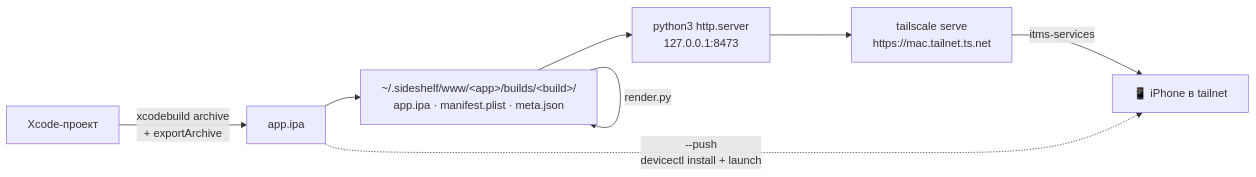
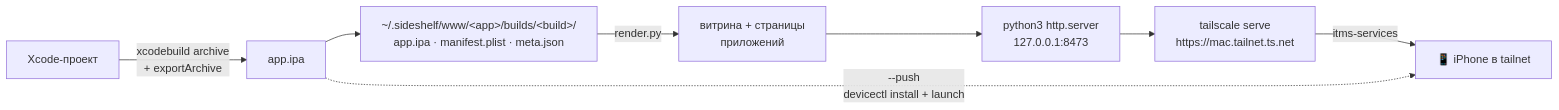
One commit to SketchPiece/Sideshelf changed the diagram in README.md. Above: the diagram before and after it, drawn with Mermaid.

Commit message:
README: tidy diagram

````diff
--- a/README.md
+++ b/README.md
@@ -43,10 +43,10 @@
 ```mermaid
 flowchart LR
     A[Xcode-проект] -->|xcodebuild archive<br/>+ exportArchive| B[app.ipa]
     B --> C["~/.sideshelf/www/&lt;app&gt;/builds/&lt;build&gt;/<br/>app.ipa · manifest.plist · meta.json"]
-    C -->|render.py| C
-    C --> D[python3 http.server<br/>127.0.0.1:8473]
+    C -->|render.py| P[витрина + страницы<br/>приложений]
+    P --> D[python3 http.server<br/>127.0.0.1:8473]
     D --> E[tailscale serve<br/>https://mac.tailnet.ts.net]
     E -->|itms-services| F[📱 iPhone в tailnet]
     B -.->|--push<br/>devicectl install + launch| F
 ```
````
